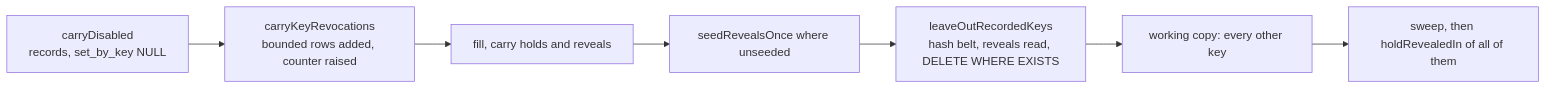
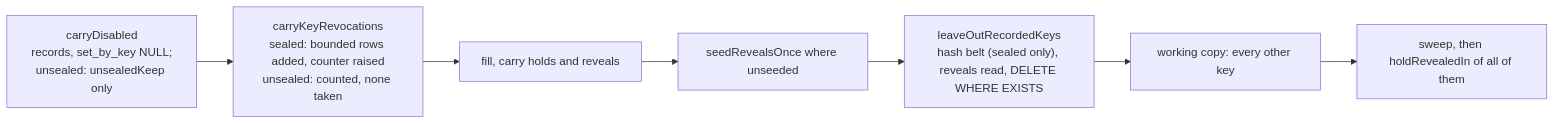
Before and after one commit to gitBoon/DumpFire: the fourth of 34 diagrams in docs/backup-reporting.md, drawn with Mermaid. The commit also changed other lines of this file and 20 other files, not shown here.

````diff
--- a/docs/backup-reporting.md
+++ b/docs/backup-reporting.md
@@ -202,9 +202,9 @@
 ```mermaid
 flowchart LR
-    Dis["carryDisabled<br/>records, set_by_key NULL"] --> Union["carryKeyRevocations<br/>bounded rows added, counter raised"]
+    Dis["carryDisabled<br/>records, set_by_key NULL;<br/>unsealed: unsealedKeep only"] --> Union["carryKeyRevocations<br/>sealed: bounded rows added, counter raised<br/>unsealed: counted, none taken"]
     Union --> Fill3["fill, carry holds and reveals"]
     Fill3 --> Seed["seedRevealsOnce where unseeded"]
-    Seed --> Leave["leaveOutRecordedKeys<br/>hash belt, reveals read, DELETE WHERE EXISTS"]
+    Seed --> Leave["leaveOutRecordedKeys<br/>hash belt (sealed only), reveals read, DELETE WHERE EXISTS"]
     Leave --> Copy["working copy: every other key"]
     Copy --> Hold3["sweep, then holdRevealedIn of all of them"]
 ```
````
